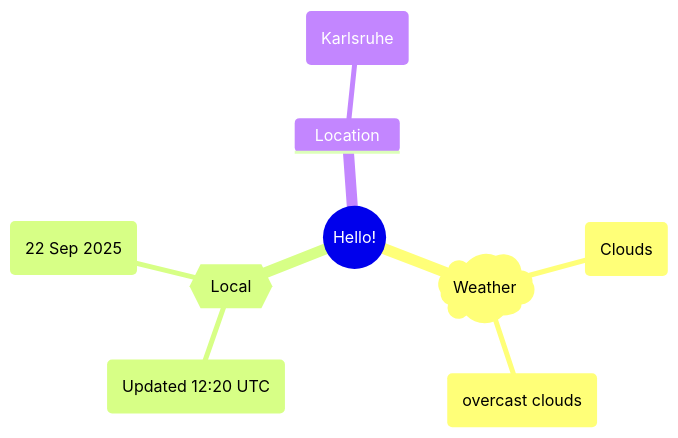
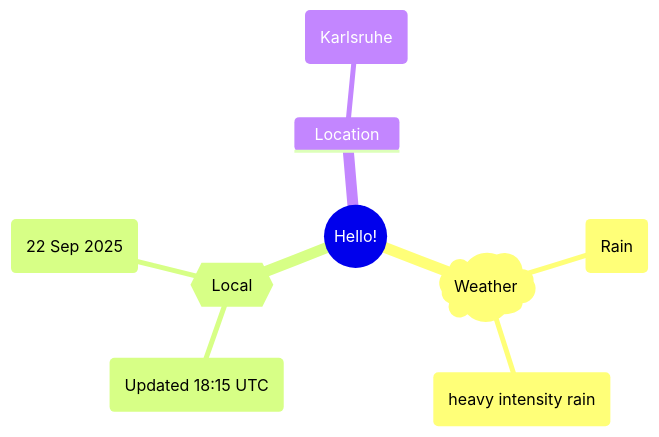
The first of 2 diagrams in README.md (Xosrov/Xosrov), drawn with Mermaid before and after one commit.

Commit message:
[bot] updated images

````diff
--- a/README.md
+++ b/README.md
@@ -3,12 +3,12 @@
 ```mermaid
 mindmap
   root((Hello!))
     )Weather(
-        (Clouds)
-        (overcast clouds)
+        (Rain)
+        (heavy intensity rain)
     {{Local}}
-        (Updated 12:20 UTC)
+        (Updated 18:15 UTC)
         (22 Sep 2025)
     Location
         (Karlsruhe)
 ```
````
